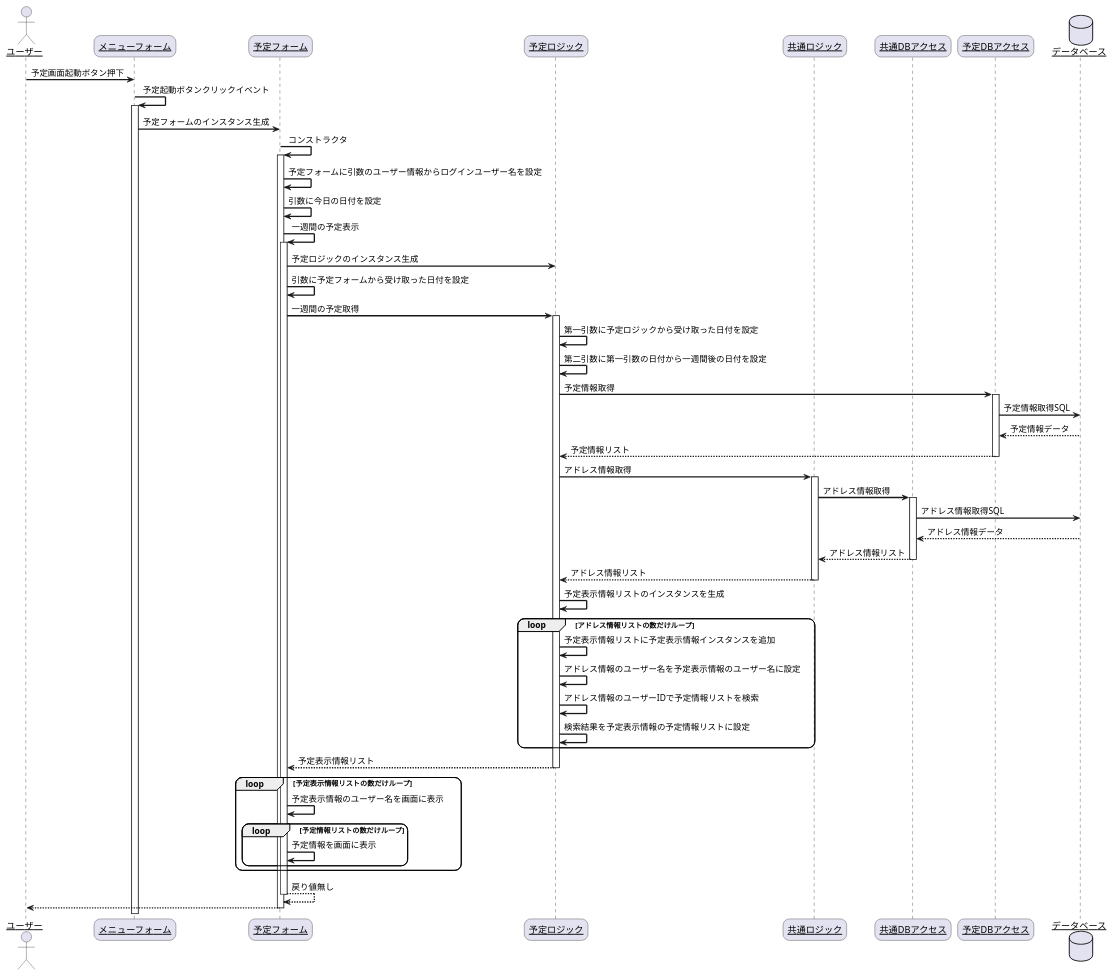
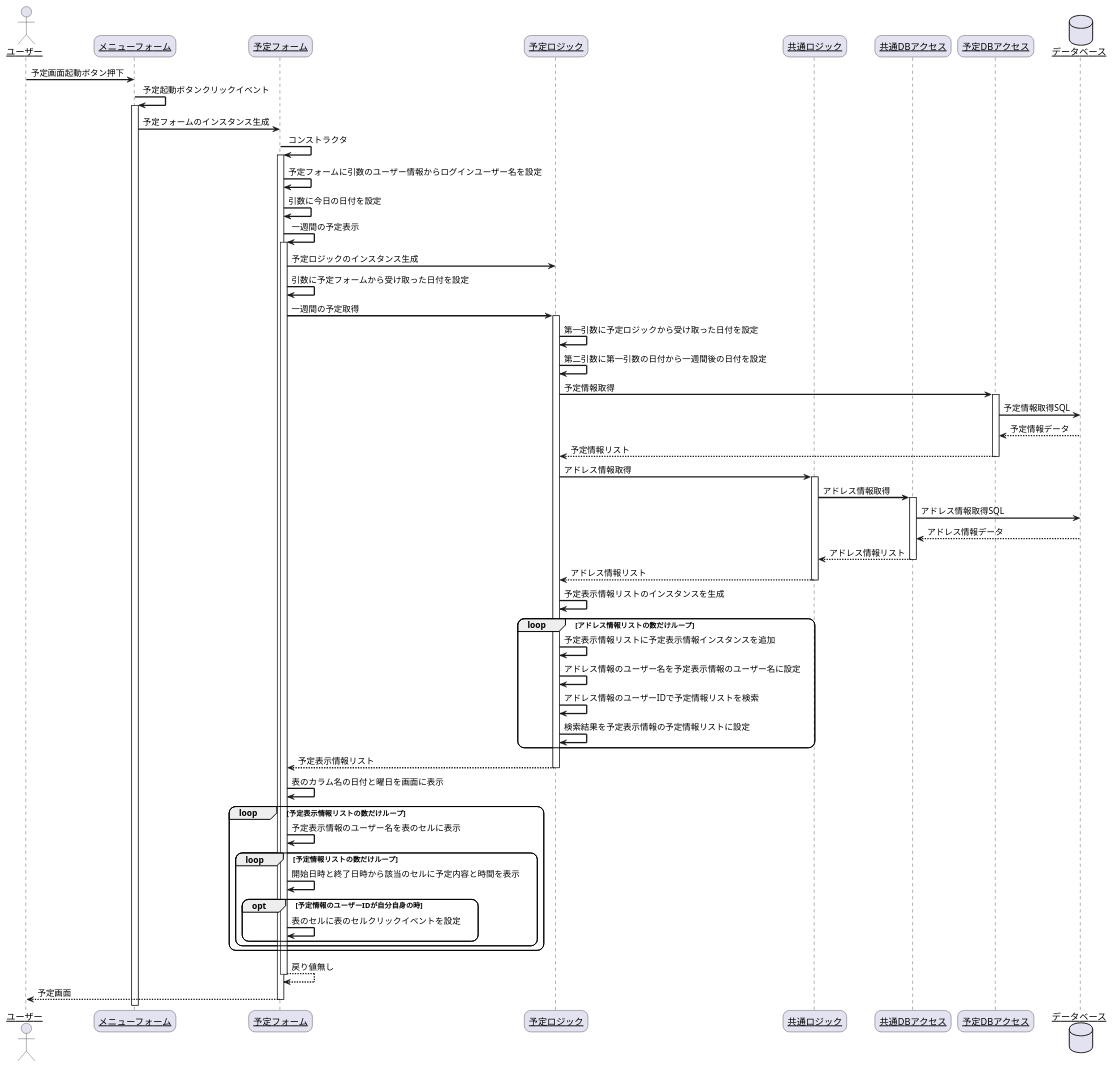
The diagram in シーケンス図/予定/予定_起動.pu (R-SAIKI/practiceUML), drawn with PlantUML before and after one commit. The commit also changed 20 other files, not shown here.

```diff
--- a/シーケンス図/予定/予定_起動.pu
+++ b/シーケンス図/予定/予定_起動.pu
@@ -1,68 +1,72 @@
 @startuml
 skinparam sequenceArrowThickness 2
 skinparam roundcorner 20
 skinparam maxmessagesize 60
 skinparam sequenceParticipant underline
 
 actor "ユーザー" as user
 participant "メニューフォーム" as menu_form
 participant "予定フォーム" as plan_form
 participant "予定ロジック" as plan_logic
 participant "共通ロジック" as common_logic
 participant "共通DBアクセス" as common_data_acces
 participant "予定DBアクセス" as plan_data_acces
 database "データベース" as db
 
 user -> menu_form: 予定画面起動ボタン押下
 menu_form -> menu_form: 予定起動ボタンクリックイベント
 activate menu_form
 menu_form -> plan_form: 予定フォームのインスタンス生成
 plan_form -> plan_form: コンストラクタ
 activate plan_form
 plan_form -> plan_form:予定フォームに引数のユーザー情報からログインユーザー名を設定
 plan_form -> plan_form:引数に今日の日付を設定
 plan_form -> plan_form:一週間の予定表示
 activate plan_form
 plan_form -> plan_logic:予定ロジックのインスタンス生成
 plan_form -> plan_form:引数に予定フォームから受け取った日付を設定
 plan_form -> plan_logic:一週間の予定取得
 activate plan_logic
 plan_logic -> plan_logic: 第一引数に予定ロジックから受け取った日付を設定
 plan_logic -> plan_logic: 第二引数に第一引数の日付から一週間後の日付を設定
 plan_logic -> plan_data_acces: 予定情報取得
 activate plan_data_acces
 plan_data_acces -> db: 予定情報取得SQL
 db --> plan_data_acces: 予定情報データ
 plan_data_acces --> plan_logic:予定情報リスト
 deactivate plan_data_acces
 plan_logic -> common_logic: アドレス情報取得
 activate common_logic
 common_logic -> common_data_acces: アドレス情報取得
 activate common_data_acces
 common_data_acces -> db: アドレス情報取得SQL
 db --> common_data_acces: アドレス情報データ
 common_data_acces --> common_logic: アドレス情報リスト
 deactivate common_data_acces
 common_logic --> plan_logic: アドレス情報リスト
 deactivate common_logic
 plan_logic -> plan_logic: 予定表示情報リストのインスタンスを生成
 loop アドレス情報リストの数だけループ
     plan_logic -> plan_logic: 予定表示情報リストに予定表示情報インスタンスを追加
     plan_logic -> plan_logic: アドレス情報のユーザー名を予定表示情報のユーザー名に設定
     plan_logic -> plan_logic: アドレス情報のユーザーIDで予定情報リストを検索
     plan_logic -> plan_logic: 検索結果を予定表示情報の予定情報リストに設定
 end
 plan_logic --> plan_form: 予定表示情報リスト
 deactivate plan_logic
+plan_form -> plan_form:表のカラム名の日付と曜日を画面に表示
 loop 予定表示情報リストの数だけループ
-    plan_form -> plan_form: 予定表示情報のユーザー名を画面に表示
+    plan_form -> plan_form: 予定表示情報のユーザー名を表のセルに表示
     loop 予定情報リストの数だけループ
-    plan_form -> plan_form: 予定情報を画面に表示
+        plan_form -> plan_form: 開始日時と終了日時から該当のセルに予定内容と時間を表示
+        opt 予定情報のユーザーIDが自分自身の時
+            plan_form -> plan_form: 表のセルに表のセルクリックイベントを設定
+        end
     end
 end
 plan_form --> plan_form: 戻り値無し
 deactivate plan_form
-plan_form --> user: 
+plan_form --> user: 予定画面
 deactivate plan_form
 
 @enduml
```
